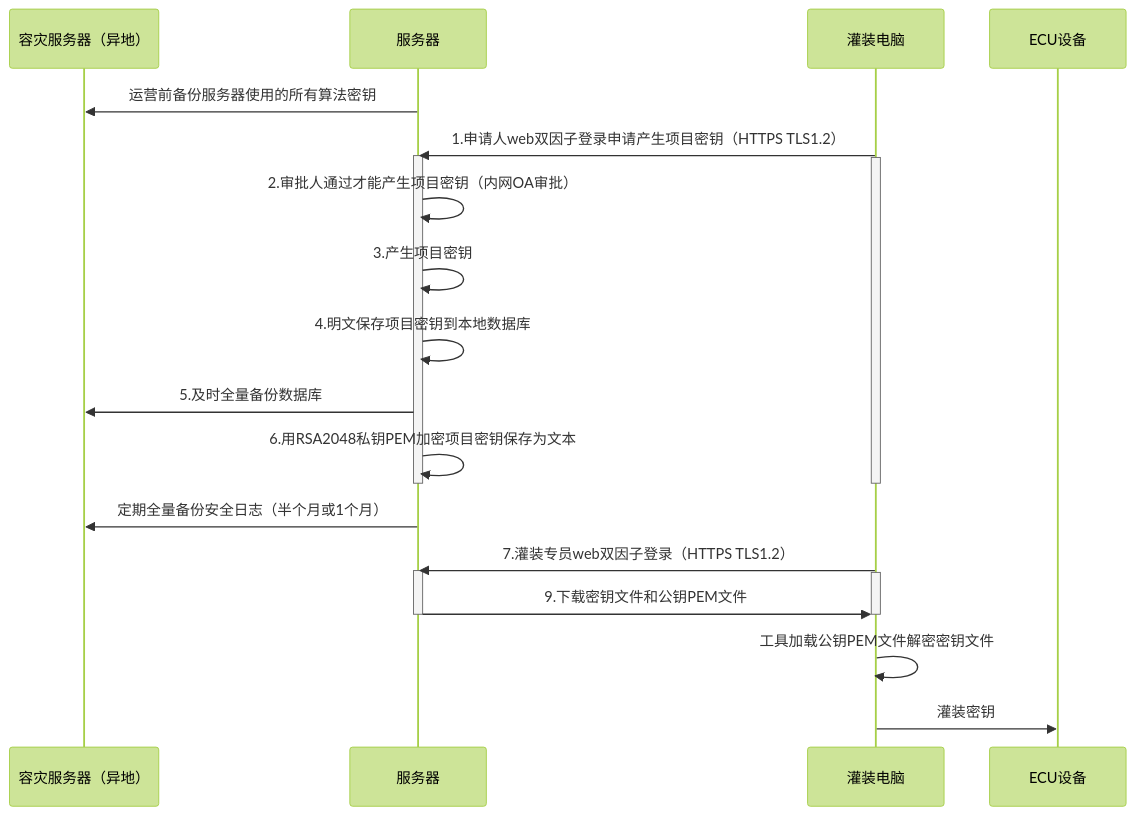
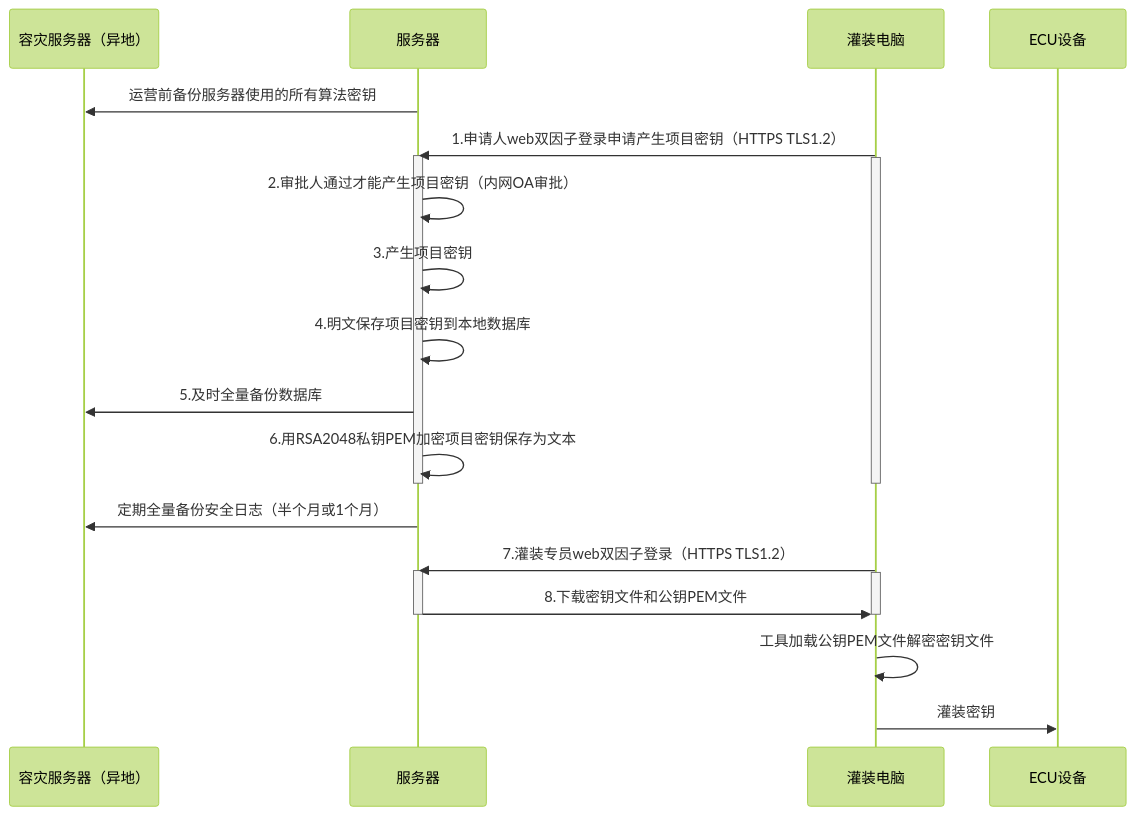
Before and after one commit to facebook-cloud/iodraw-files: the diagram in all/未命名-17.md, drawn with Mermaid (forest theme).

Commit message:
2026-03-05 20:47:58 update

````diff
--- a/all/未命名-17.md
+++ b/all/未命名-17.md
@@ -1,32 +1,32 @@
 ```mermaid
 sequenceDiagram
     participant A as 容灾服务器（异地）
     participant B as 服务器
     participant D as 灌装电脑
     participant E as ECU设备
 
     B->>A: 运营前备份服务器使用的所有算法密钥
     D->>B: 1.申请人web双因子登录申请产生项目密钥（HTTPS TLS1.2）
     activate B
     activate D
     B->>B: 2.审批人通过才能产生项目密钥（内网OA审批）
     B->>B: 3.产生项目密钥
     B->>B: 4.明文保存项目密钥到本地数据库
     B->>A: 5.及时全量备份数据库
     B->>B: 6.用RSA2048私钥PEM加密项目密钥保存为文本
     deactivate B
     deactivate D
 
     B->>A: 定期全量备份安全日志（半个月或1个月）
     
     D->>B: 7.灌装专员web双因子登录（HTTPS TLS1.2）
     activate B
     activate D
-    B->>D: 9.下载密钥文件和公钥PEM文件
+    B->>D: 8.下载密钥文件和公钥PEM文件   
     deactivate B
     deactivate D
 
     D->>D:工具加载公钥PEM文件解密密钥文件
     
     D->>E: 灌装密钥
 ```
````
